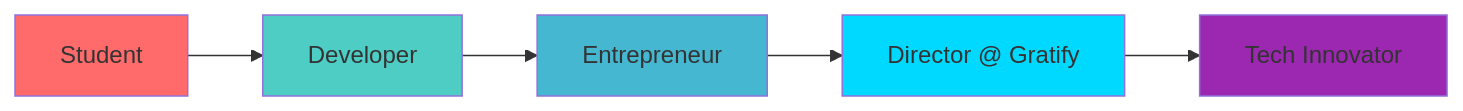
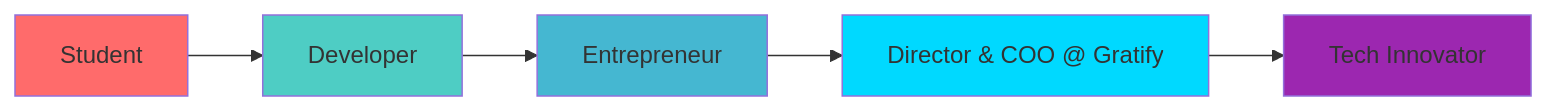
Before and after one commit to krishmonga/krishmonga: the diagram in README.md, drawn with Mermaid. The commit also changed other lines of this file, not shown here.

````diff
--- a/README.md
+++ b/README.md
@@ -215,13 +214,13 @@
 ```mermaid
 graph LR
     A[Student] --> B[Developer]
     B --> C[Entrepreneur]
-    C --> D[Director @ Gratify]
+    C -->     D[Director & COO @ Gratify]
     D --> E[Tech Innovator]
     
     style A fill:#FF6B6B
     style B fill:#4ECDC4
     style C fill:#45B7D1
     style D fill:#00D9FF
     style E fill:#9C27B0
 ```
````
